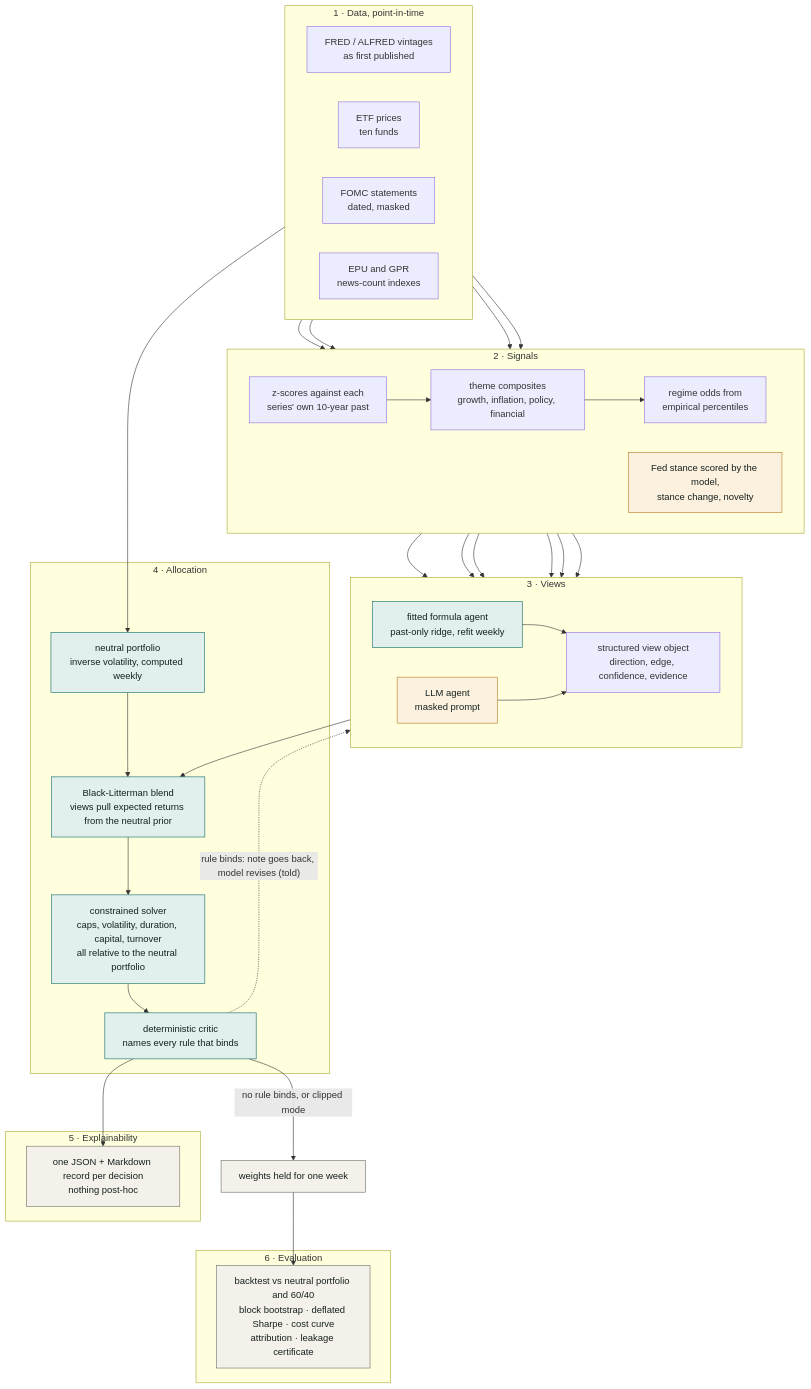
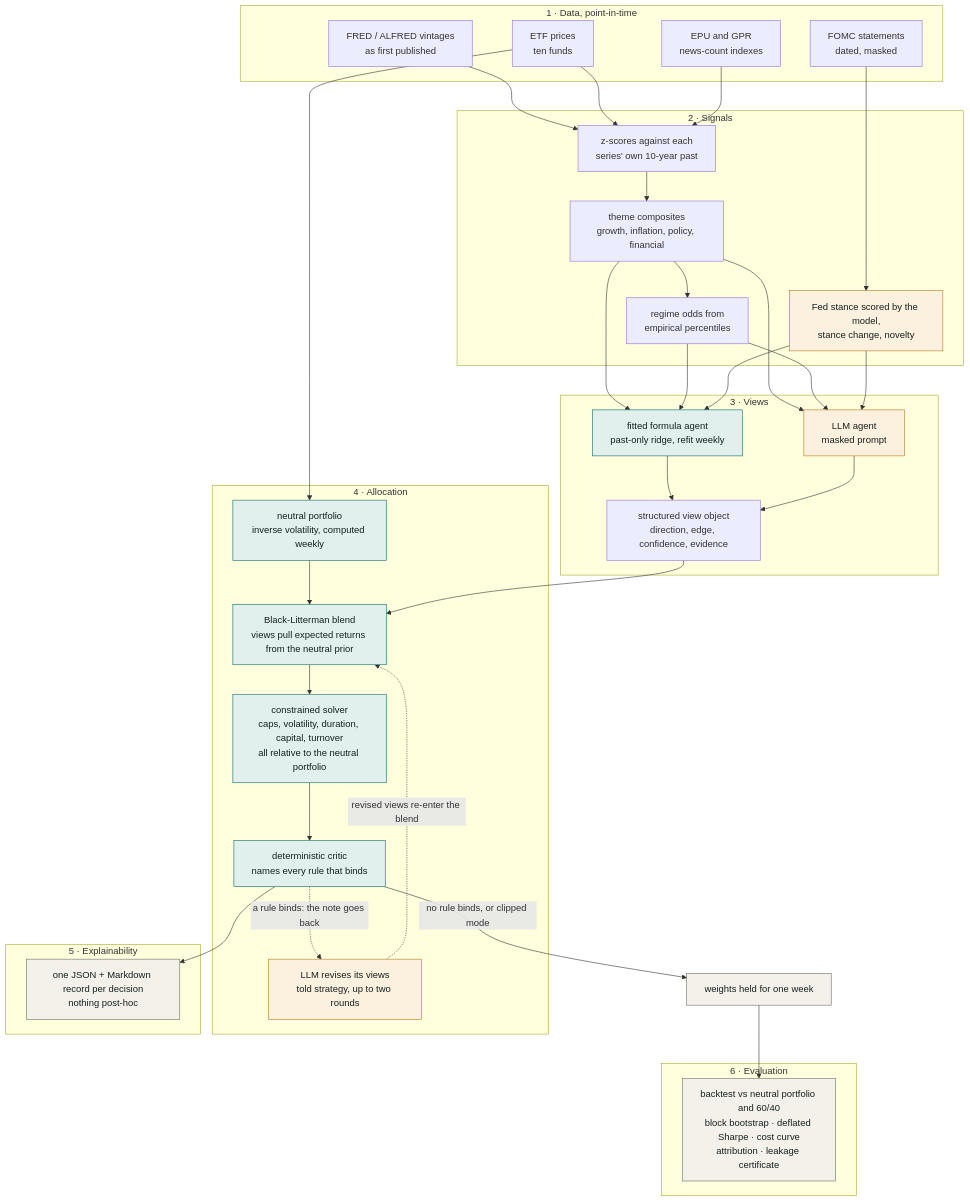
Before and after one commit to androidilicious/finorchestra: the diagram in README.md, drawn with Mermaid.

Commit message:
README: tidy the Mermaid layout
Drop the per-subgraph direction hints and draw the critic-to-model
feedback as a local loop inside the allocation layer, so the LLM agent
sits beside the fitted formula instead of at the bottom of the chart.

````diff
--- a/README.md
+++ b/README.md
@@ -19,62 +19,61 @@
 ```mermaid
 flowchart TB
     subgraph L1["1 · Data, point-in-time"]
-        direction LR
         D1["FRED / ALFRED vintages<br/>as first published"]
         D2["ETF prices<br/>ten funds"]
         D3["FOMC statements<br/>dated, masked"]
         D4["EPU and GPR<br/>news-count indexes"]
     end
     subgraph L2["2 · Signals"]
-        direction LR
         S1["z-scores against each<br/>series' own 10-year past"]
         S2["theme composites<br/>growth, inflation, policy, financial"]
         S3["regime odds from<br/>empirical percentiles"]
         S4["Fed stance scored by the model,<br/>stance change, novelty"]
     end
     subgraph L3["3 · Views"]
-        direction LR
         V1["fitted formula agent<br/>past-only ridge, refit weekly"]
         V2["LLM agent<br/>masked prompt"]
         VO["structured view object<br/>direction, edge, confidence, evidence"]
     end
     subgraph L4["4 · Allocation"]
         N["neutral portfolio<br/>inverse volatility, computed weekly"]
         BL["Black-Litterman blend<br/>views pull expected returns from the neutral prior"]
         QP["constrained solver<br/>caps, volatility, duration, capital, turnover<br/>all relative to the neutral portfolio"]
         CR["deterministic critic<br/>names every rule that binds"]
+        RV["LLM revises its views<br/>told strategy, up to two rounds"]
     end
     subgraph L5["5 · Explainability"]
         X["one JSON + Markdown record per decision<br/>nothing post-hoc"]
     end
     subgraph L6["6 · Evaluation"]
         E["backtest vs neutral portfolio and 60/40<br/>block bootstrap · deflated Sharpe · cost curve<br/>attribution · leakage certificate"]
     end
 
     D1 --> S1
     D2 --> S1
     D4 --> S1
     D3 --> S4
     S1 --> S2 --> S3
     S2 --> V1
     S3 --> V1
     S4 --> V1
     S2 --> V2
     S3 --> V2
     S4 --> V2
     V1 --> VO
     V2 --> VO
     D2 --> N --> BL
     VO --> BL --> QP --> CR
-    CR -. "rule binds: note goes back, model revises (told)" .-> V2
+    CR -. "a rule binds: the note goes back" .-> RV
+    RV -. "revised views re-enter the blend" .-> BL
     CR -- "no rule binds, or clipped mode" --> W["weights held for one week"]
     CR --> X
     W --> E
 
     classDef llm fill:#fbf1de,stroke:#b7791f,color:#17211f
     classDef det fill:#e1efed,stroke:#0f6b66,color:#17211f
     classDef out fill:#f3f1ea,stroke:#6f6e68,color:#17211f
-    class V2,S4 llm
+    class V2,S4,RV llm
     class N,BL,QP,CR,V1 det
     class X,E,W out
 ```
````
